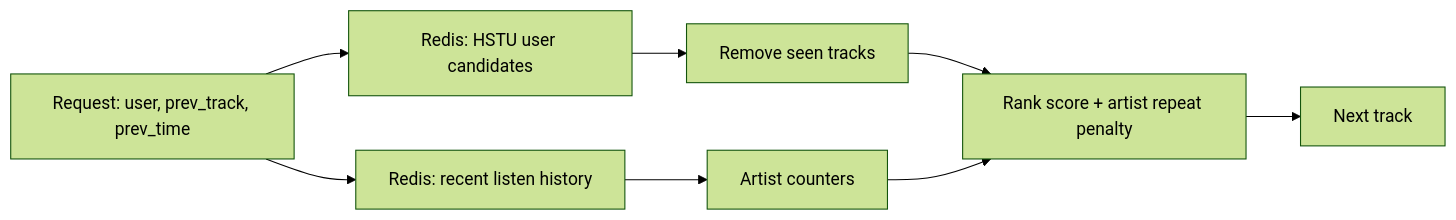
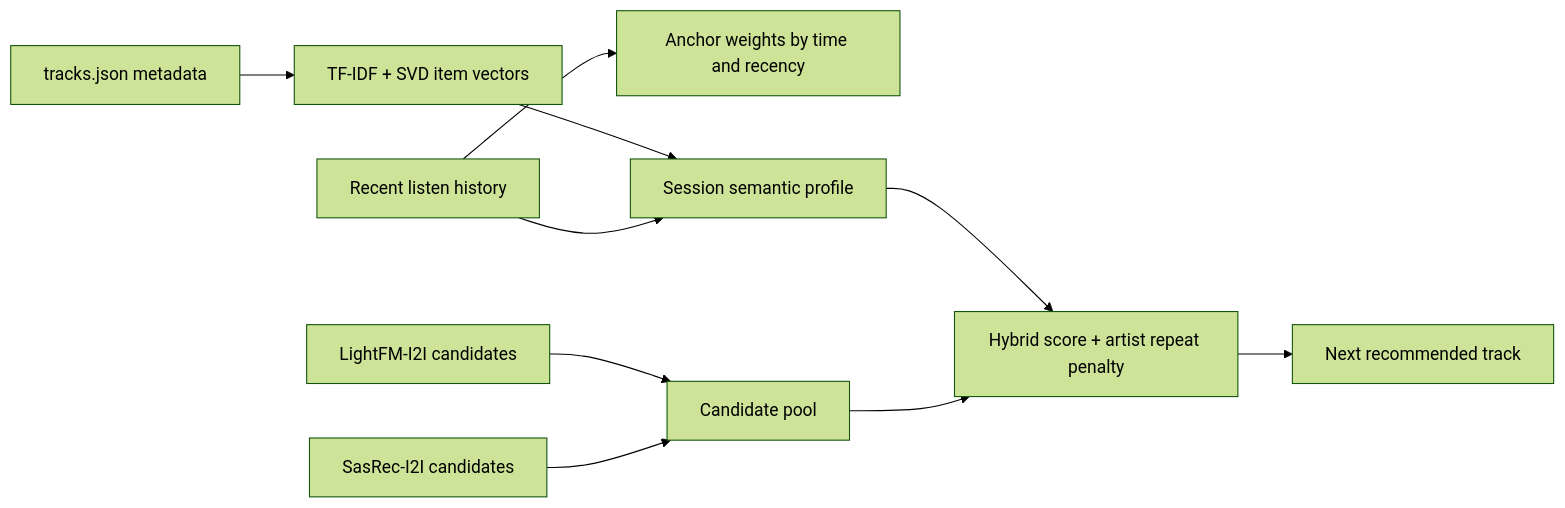
Before and after one commit to anokhin/recsys-course-spring-2026: the diagram in report.md, drawn with Mermaid (forest theme). The commit also changed other lines of this file and 3 other files, not shown here.

Commit message:
Replace HW2 treatment with hybrid semantic ranker

````diff
--- a/report.md
+++ b/report.md
@@ -11,10 +13,12 @@
 ```mermaid
 flowchart LR
-    A[Request: user, prev_track, prev_time] --> B[Redis: recent listen history]
-    A --> C[Redis: HSTU user candidates]
-    C --> D[Remove seen tracks]
-    B --> E[Artist counters]
-    D --> F[Rank score + artist repeat penalty]
-    E --> F
-    F --> G[Next track]
+    A[Recent listen history] --> B[Anchor weights by time and recency]
+    C[SasRec-I2I candidates] --> E[Candidate pool]
+    D[LightFM-I2I candidates] --> E
+    F[tracks.json metadata] --> G[TF-IDF + SVD item vectors]
+    A --> H[Session semantic profile]
+    G --> H
+    E --> I[Hybrid score + artist repeat penalty]
+    H --> I
+    I --> J[Next recommended track]
 ```
````
